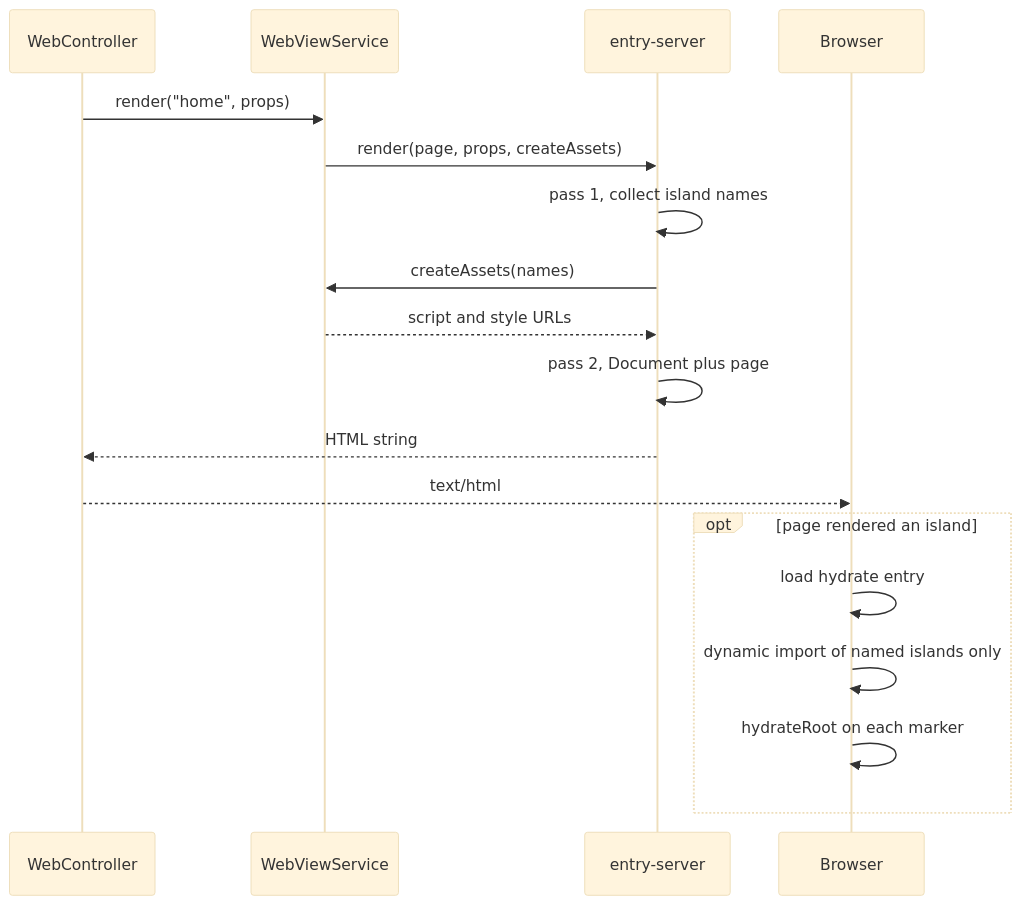
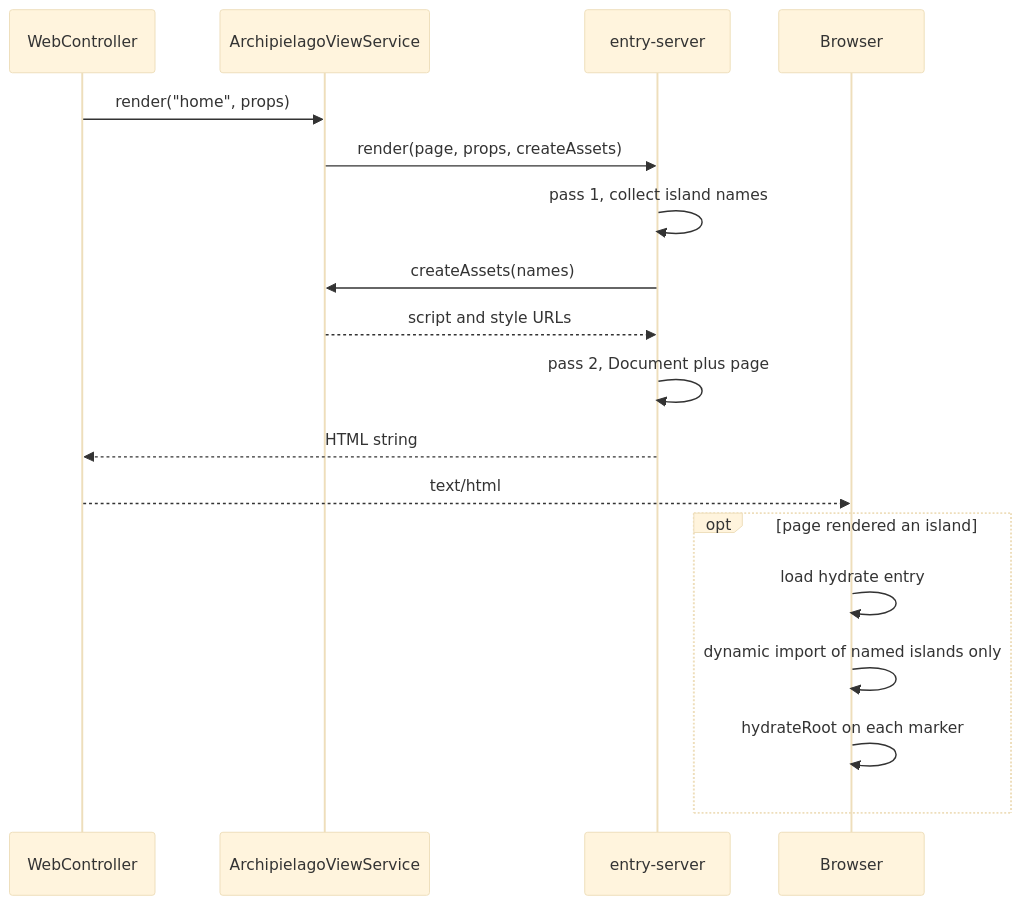
Before and after one commit to isaaclfelix/sample-nestjs-project: the fifth of 6 diagrams in docs/architecture.md, drawn with Mermaid (base theme). The commit also changed other lines of this file and 6 other files, not shown here.

First line of the commit message:
docs(web): finish ArchipielagoViewService rename in current-state docs

````diff
--- a/docs/architecture.md
+++ b/docs/architecture.md
@@ -262,20 +262,20 @@
 ```mermaid
 sequenceDiagram
   participant W as WebController
-  participant V as WebViewService
+  participant V as ArchipielagoViewService
   participant E as entry-server
   participant B as Browser
   W->>V: render("home", props)
   V->>E: render(page, props, createAssets)
   E->>E: pass 1, collect island names
   E->>V: createAssets(names)
   V-->>E: script and style URLs
   E->>E: pass 2, Document plus page
   E-->>W: HTML string
   W-->>B: text/html
   opt page rendered an island
     B->>B: load hydrate entry
     B->>B: dynamic import of named islands only
     B->>B: hydrateRoot on each marker
   end
 ```
````
